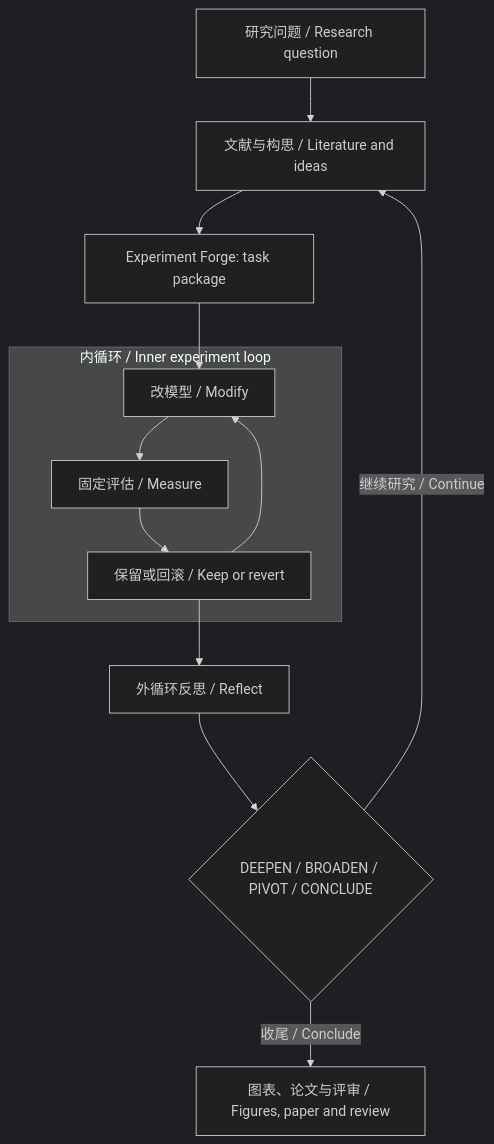
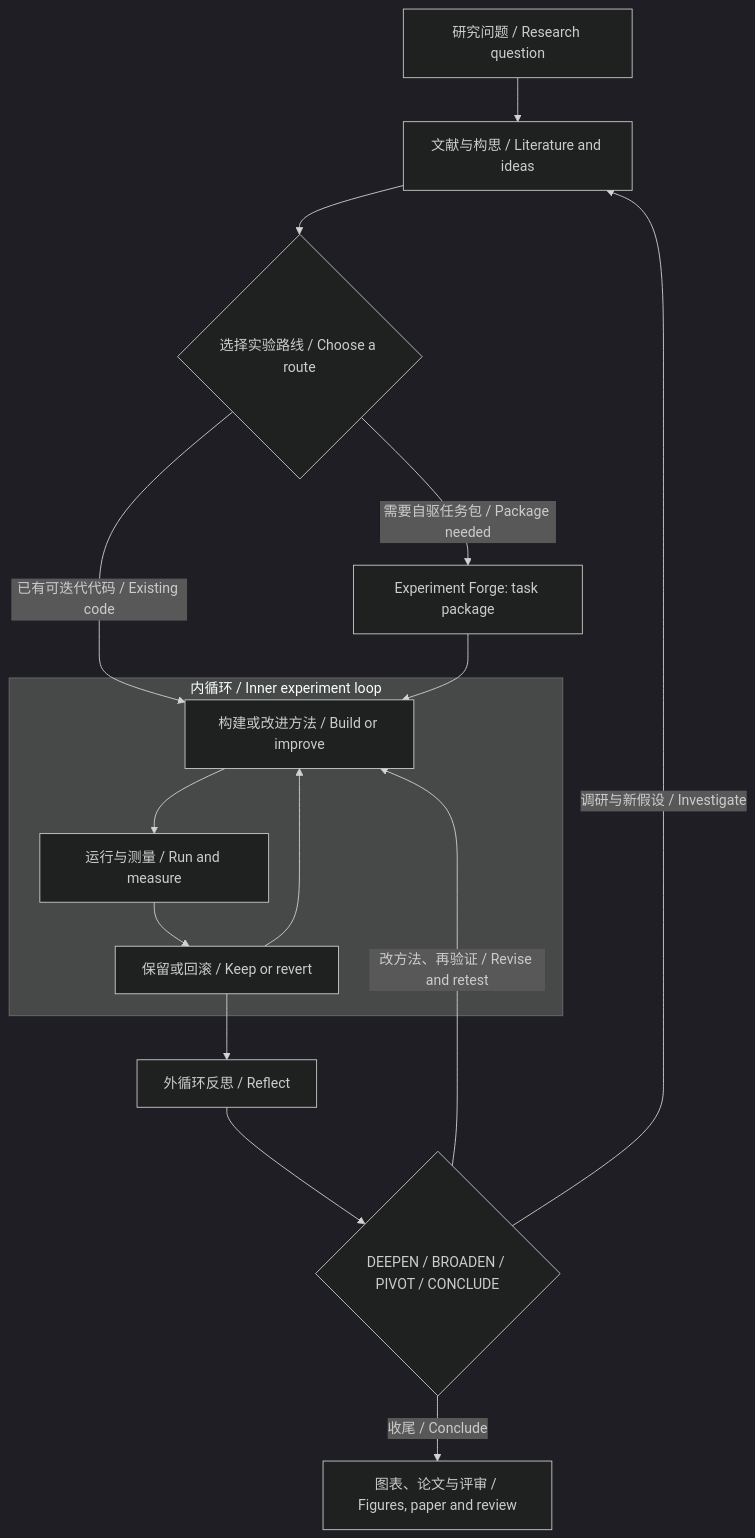
The diagram in README.md (Yichen-ZJU/claude-for-research), drawn with Mermaid (dark theme) before and after one commit. The commit also changed other lines of this file and 1 other file, not shown here.

````diff
--- a/README.md
+++ b/README.md
@@ -16,15 +16,18 @@
 ```mermaid
 flowchart TD
   Q[研究问题 / Research question] --> L[文献与构思 / Literature and ideas]
-  L --> F[Experiment Forge: task package]
+  L --> E{选择实验路线 / Choose a route}
+  E -->|需要自驱任务包 / Package needed| F[Experiment Forge: task package]
+  E -->|已有可迭代代码 / Existing code| M
   subgraph INNER[内循环 / Inner experiment loop]
-    M[改模型 / Modify] --> T[固定评估 / Measure]
+    M[构建或改进方法 / Build or improve] --> T[运行与测量 / Run and measure]
     T --> K[保留或回滚 / Keep or revert]
     K --> M
   end
   F --> M
   K --> R[外循环反思 / Reflect]
   R --> D{DEEPEN / BROADEN / PIVOT / CONCLUDE}
-  D -->|继续研究 / Continue| L
+  D -->|改方法、再验证 / Revise and retest| M
+  D -->|调研与新假设 / Investigate| L
   D -->|收尾 / Conclude| W[图表、论文与评审 / Figures, paper and review]
 ```
````
